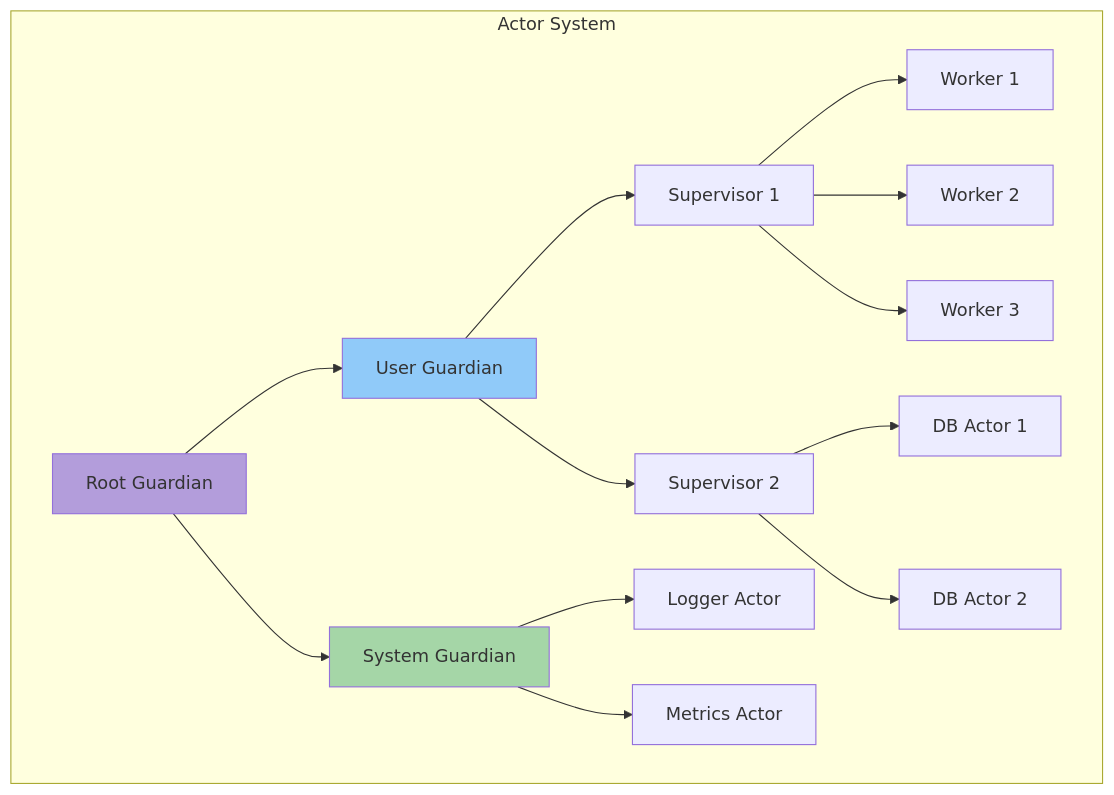
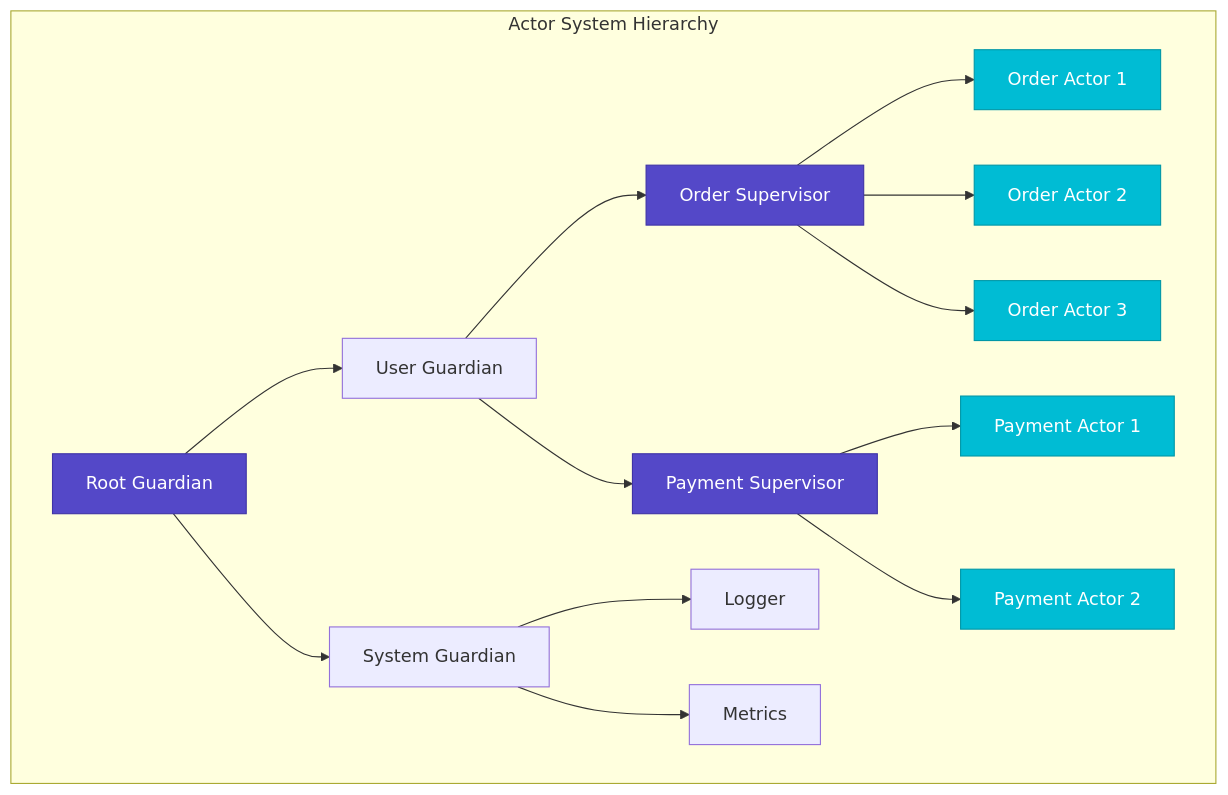
One commit to deepaucksharma/DStudio changed the second of 6 diagrams in docs/pattern-library/coordination/actor-model.md. Above: the diagram before and after it, drawn with Mermaid. The commit also changed other lines of this file and 11 other files, not shown here.

````diff
--- a/docs/pattern-library/coordination/actor-model.md
+++ b/docs/pattern-library/coordination/actor-model.md
@@ -72,25 +116,27 @@
 ```mermaid
-graph TD
-    subgraph "Actor System"
+graph TB
+    subgraph "Actor System Hierarchy"
         Root[Root Guardian]
         Root --> User[User Guardian]
         Root --> System[System Guardian]
         
-        User --> S1[Supervisor 1]
-        User --> S2[Supervisor 2]
+        User --> S1[Order Supervisor]
+        User --> S2[Payment Supervisor]
         
-        S1 --> W1[Worker 1]
-        S1 --> W2[Worker 2]
-        S1 --> W3[Worker 3]
+        S1 --> O1[Order Actor 1]
+        S1 --> O2[Order Actor 2]
+        S1 --> O3[Order Actor 3]
         
-        S2 --> DB1[DB Actor 1]
-        S2 --> DB2[DB Actor 2]
+        S2 --> P1[Payment Actor 1]
+        S2 --> P2[Payment Actor 2]
         
-        System --> Logger[Logger Actor]
-        System --> Metrics[Metrics Actor]
+        System --> Logger[Logger]
+        System --> Metrics[Metrics]
     end
     
-    style Root fill:#b39ddb
-    style User fill:#90caf9
-    style System fill:#a5d6a7
+    classDef primary fill:#5448C8,stroke:#3f33a6,color:#fff
+    classDef secondary fill:#00BCD4,stroke:#0097a7,color:#fff
+    
+    class Root,S1,S2 primary
+    class O1,O2,O3,P1,P2 secondary
 ```
````
